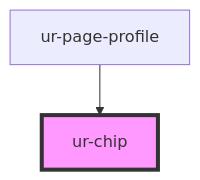
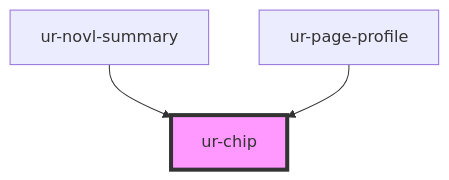
One commit to hellish/urnovl-web-components changed the diagram in src/components/ur-chip/readme.md. Above: the diagram before and after it, drawn with Mermaid. The commit also changed other lines of this file and 14 other files, not shown here.

````diff
--- a/src/components/ur-chip/readme.md
+++ b/src/components/ur-chip/readme.md
@@ -30,5 +32,6 @@
 ```mermaid
 graph TD;
+  ur-novl-summary --> ur-chip
   ur-page-profile --> ur-chip
   style ur-chip fill:#f9f,stroke:#333,stroke-width:4px
 ```
````
